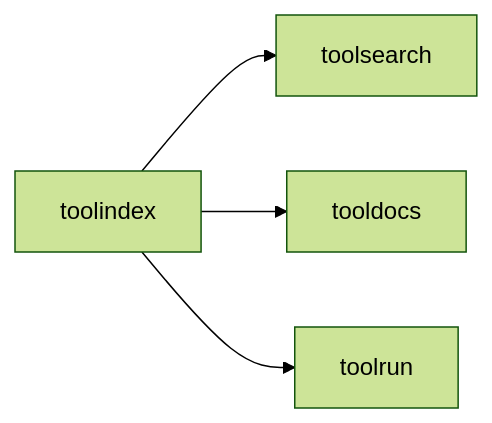
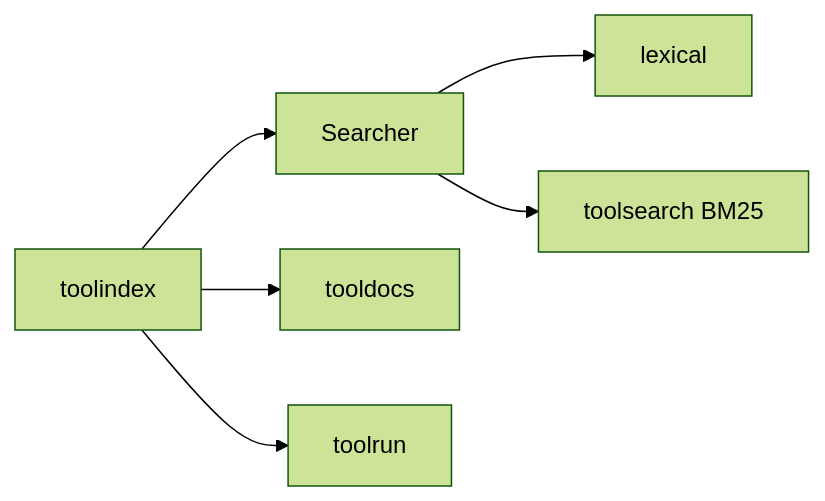
The diagram in docs/components/toolindex.md (jonwraymond/ai-tools-stack), drawn with Mermaid (forest theme) before and after one commit. The commit also changed other lines of this file and 12 other files, not shown here.

````diff
--- a/docs/components/toolindex.md
+++ b/docs/components/toolindex.md
@@ -23,6 +28,8 @@
 ```mermaid
 flowchart LR
-  A[toolindex] --> B[toolsearch]
-  A --> C[tooldocs]
-  A --> D[toolrun]
+  A[toolindex] --> B[Searcher]
+  B --> C[lexical]
+  B --> D[toolsearch BM25]
+  A --> E[tooldocs]
+  A --> F[toolrun]
 ```
````
